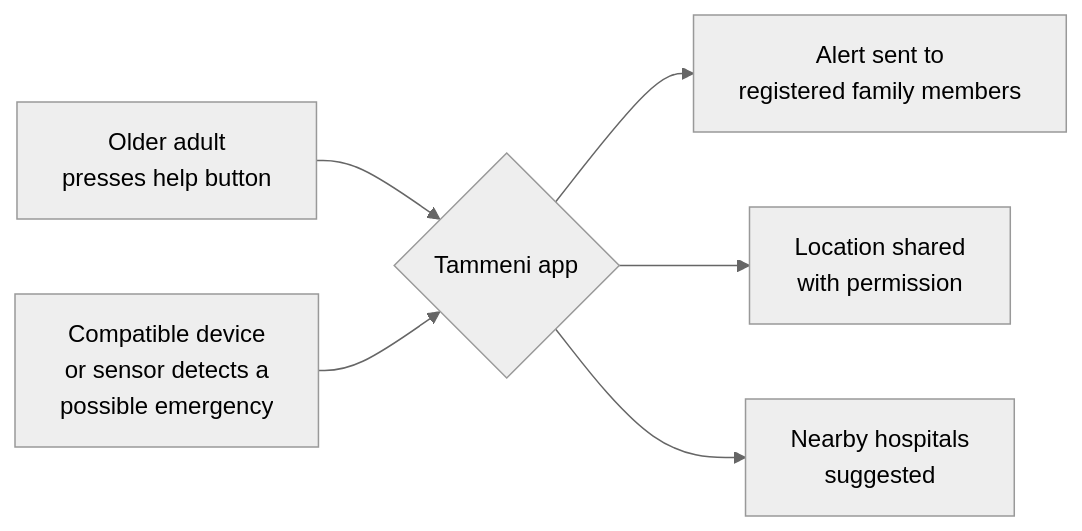
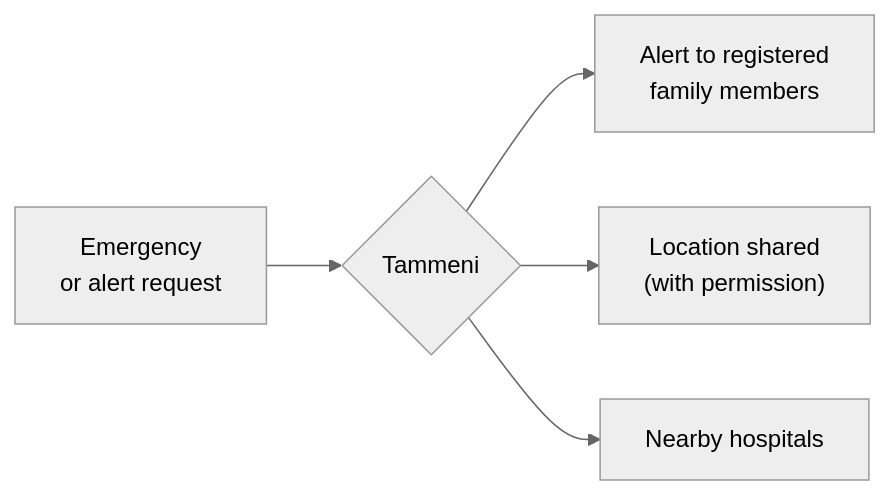
The diagram in README.md (depifinal-blip/tamenny-elderly-care), drawn with Mermaid (neutral theme) before and after one commit. The commit also changed other lines of this file, not shown here.

````diff
--- a/README.md
+++ b/README.md
@@ -78,8 +72,7 @@
 ```mermaid
 flowchart LR
-    A[Older adult<br/>presses help button] --> C{Tammeni app}
-    B[Compatible device<br/>or sensor detects a<br/>possible emergency] --> C
-    C --> D[Alert sent to<br/>registered family members]
-    C --> E[Location shared<br/>with permission]
-    C --> F[Nearby hospitals<br/>suggested]
+    A["Emergency<br/>or alert request"] --> B{"Tammeni"}
+    B --> C["Alert to registered<br/>family members"]
+    B --> D["Location shared<br/>(with permission)"]
+    B --> E["Nearby hospitals"]
 ```
````
